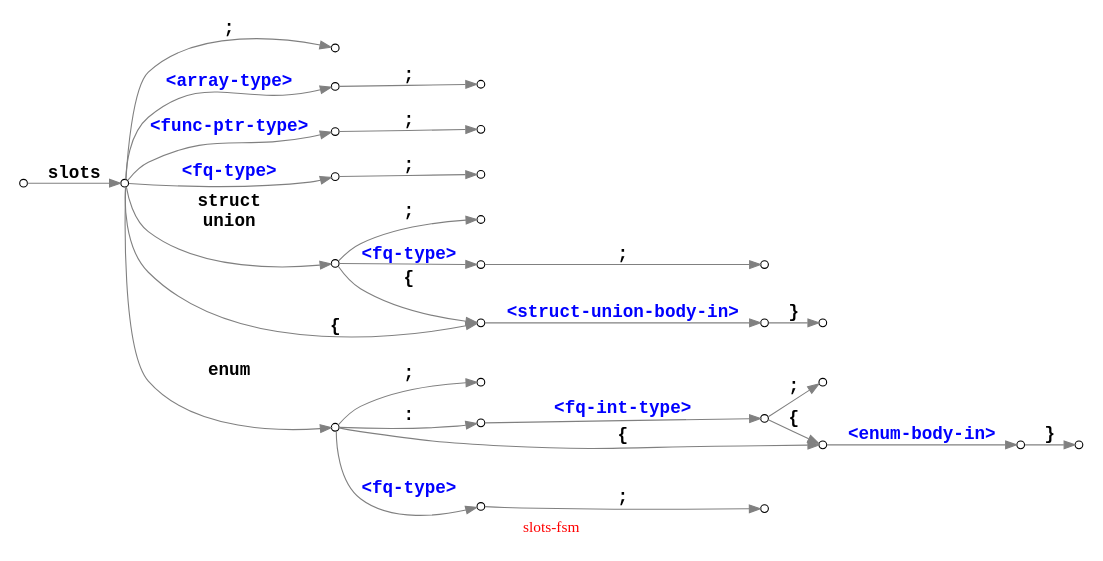
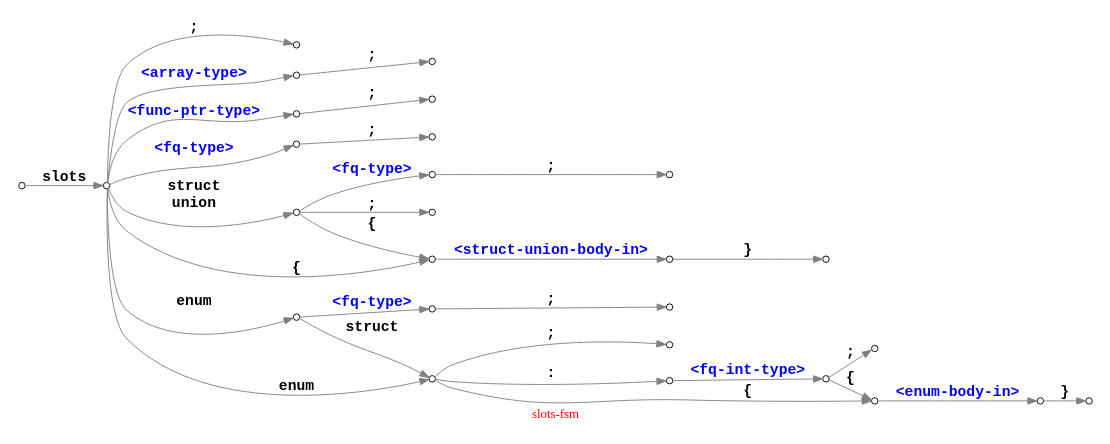
The diagram in slots-fsm.dot (Ayyzee/dakota), drawn with Graphviz before and after one commit.

Commit message:
Updated to add back in support for 'enum struct'.

```diff
--- a/slots-fsm.dot
+++ b/slots-fsm.dot
@@ -1,64 +1,72 @@
 // -*- mode: c++ -*-
 
 // slots <array-type>        ;        =>  typealias   slots-t = <array-type>      ;
 // slots <func-ptr-type>     ;        =>  typealias   slots-t = <func-ptr-type>   ;
 
 // slots             <>      ;        =>  typealias   slots-t =        <>         ;
 // slots struct      <>      ;        =>  typealias   slots-t = struct <>         ;
 // slots union       <>      ;        =>  typealias   slots-t = union  <>         ;
 // slots enum        <>      ;        =>  typealias   slots-t = enum   <>         ;
 
 // slots                     ;        =>  struct      slots-t                     ;
 // slots                     { ... }  =>  struct      slots-t                     { ... }
 
 // slots struct              ;        =>  struct      slots-t                     ;
 // slots struct              { ... }  =>  struct      slots-t                     { ... }
 
 // slots union               ;        =>  union       slots-t                     ;
 // slots union               { ... }  =>  union       slots-t                     { ... }
 
-// slots enum                ;        =>  enum struct slots-t                     ;
-// slots enum                { ... }  =>  enum struct slots-t                     { ... }
+// slots enum                ;        =>  enum        slots-t             : int-t ;
+// slots enum                { ... }  =>  enum        slots-t             : int-t { ... }
 //
-// slots enum           : <> ;        =>  enum struct slots-t             : <>    ;
-// slots enum           : <> { ... }  =>  enum struct slots-t             : <>    { ... }
+// slots enum           : <> ;        =>  enum        slots-t             : <>    ;
+// slots enum           : <> { ... }  =>  enum        slots-t             : <>    { ... }
+
+// slots enum struct         ;        =>  enum struct slots-t                     ;
+// slots enum struct         { ... }  =>  enum struct slots-t                     { ... }
+//
+// slots enum struct    : <> ;        =>  enum struct slots-t             : <>    ;
+// slots enum struct    : <> { ... }  =>  enum struct slots-t             : <>    { ... }
 
 digraph "slots-fsm" {
   graph [ rankdir = LR, label = "\G", fontcolor = red ];
   //graph [ page = "8.5,11" ];
   graph [ size = "7.5,10" ];
   edge [ fontsize = 16, fontname = "courier-bold", color = grey ];
   node [ shape = circle, fontsize = 12, width = 0.3, fixedsize = true ];
   node [ label = "", width = 0.1 ];
 
   000 -> 010 [ label = "slots" ];
 
   010 -> 015 [ label = ";" ];
   010 -> 141 [ label = "<array-type>", fontcolor = blue ];
   010 -> 142 [ label = "<func-ptr-type>", fontcolor = blue ];
   010 -> 140 [ label = "<fq-type>", fontcolor = blue ];
   140 -> 145 [ label = ";" ];
   141 -> 146 [ label = ";" ];
   142 -> 147 [ label = ";" ];
 
   010 -> 100 [ label = "struct\nunion" ];
   010 -> 110 [ label = "{" ];
   100 -> 110 [ label = "{" ];
   100 -> 105 [ label = ";" ];
   100 -> 150 [ label = "<fq-type>", fontcolor = blue ];
   150 -> 160 [ label = ";" ];
   110 -> 120 [ label = "<struct-union-body-in>", fontcolor = blue ];
   120 -> 130 [ label = "}" ];
 
-  010 -> 031 [ label = "enum" ];
-  031 -> 170 [ label = "<fq-type>", fontcolor = blue ];
+  010 -> 020 [ label = "enum" ];
+  020 -> 170 [ label = "<fq-type>", fontcolor = blue ];
   170 -> 180 [ label = ";" ];
-  031 -> 035 [ label = ";" ];
-  031 -> 040 [ label = ":" ];
-  031 -> 060 [ label = "{" ];
+  030 -> 035 [ label = ";" ];
+  010 -> 030 [ label = "enum" ];
+  020 -> 030 [ label = "struct" ];
+  030 -> 040 [ label = ":" ];
+  030 -> 060 [ label = "{" ];
   040 -> 050 [ label = "<fq-int-type>", fontcolor = blue ];
   050 -> 060 [ label = "{" ];
   050 -> 055 [ label = ";" ];
   060 -> 070 [ label = "<enum-body-in>", fontcolor = blue ];
   070 -> 080 [ label = "}" ];
 }
```
